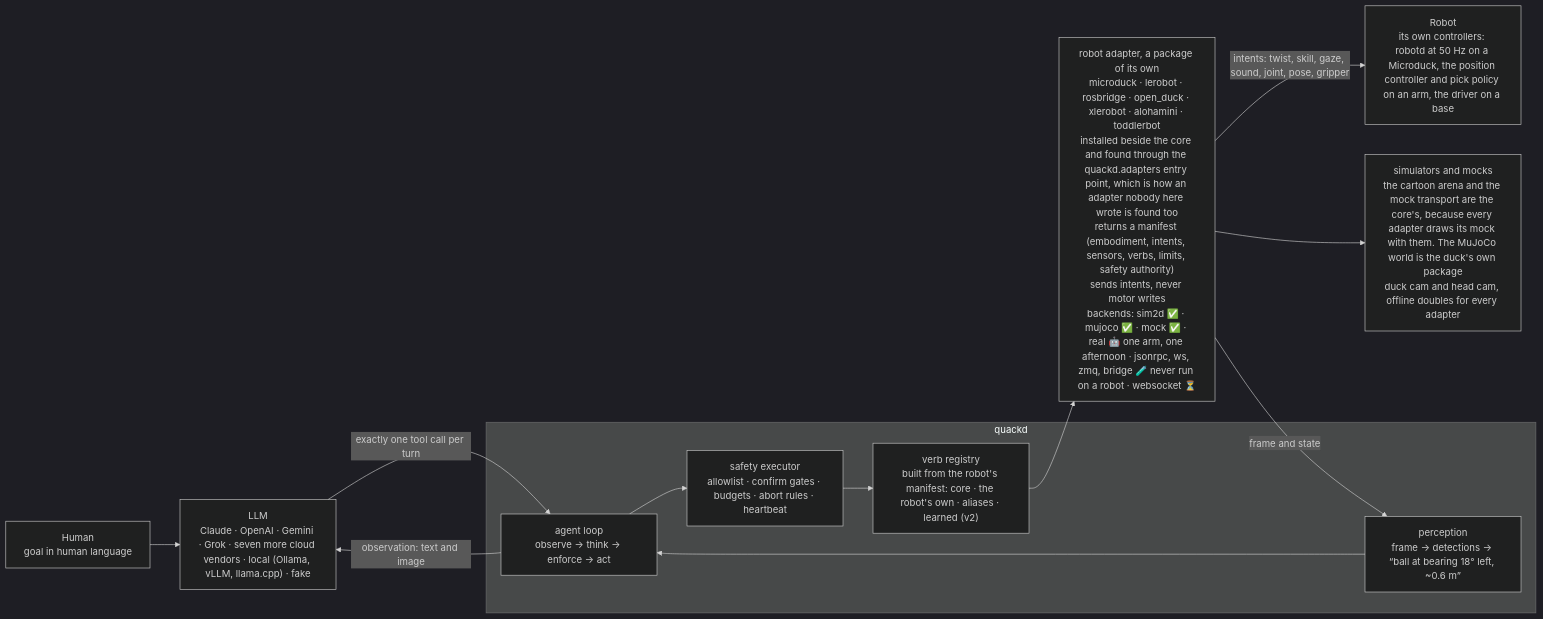
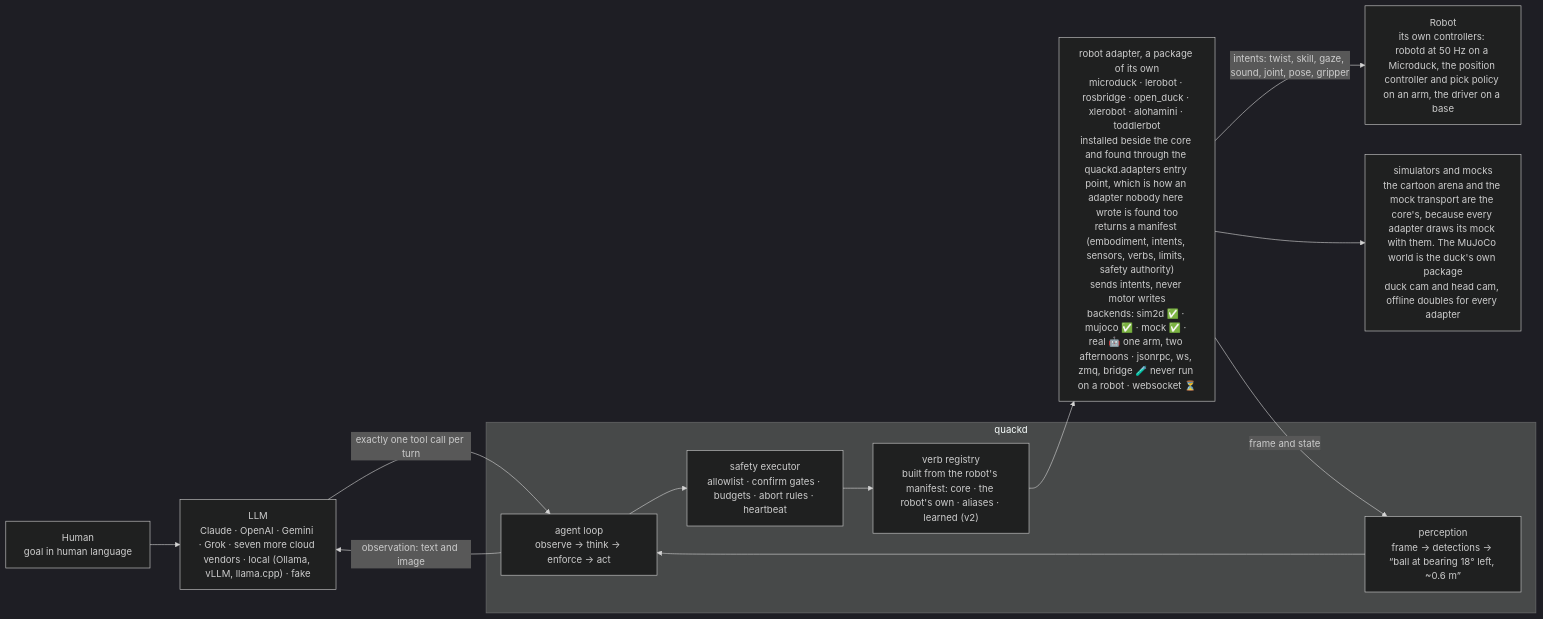
One commit to mantoumaster/quackd changed the second of 2 diagrams in README.md. Above: the diagram before and after it, drawn with Mermaid (dark theme). The commit also changed other lines of this file and 38 other files, not shown here.

````diff
--- a/README.md
+++ b/README.md
@@ -512,21 +512,21 @@
 ```mermaid
 flowchart LR
     HUMAN["Human<br/>goal in human language"]
     LLM["LLM<br/>Claude · OpenAI · Gemini · Grok · seven more cloud vendors · local (Ollama, vLLM, llama.cpp) · fake"]
     subgraph quackd
         LOOP["agent loop<br/>observe → think → enforce → act"]
         EXEC["safety executor<br/>allowlist · confirm gates · budgets · abort rules · heartbeat"]
         VERBS["verb registry<br/>built from the robot's manifest: core · the robot's own · aliases · learned (v2)"]
         PERC["perception<br/>frame → detections → “ball at bearing 18° left, ~0.6 m”"]
     end
-    ADAPTER["robot adapter, a package of its own<br/>microduck · lerobot · rosbridge · open_duck · xlerobot · alohamini · toddlerbot<br/>installed beside the core and found through the quackd.adapters entry point, which is how an adapter nobody here wrote is found too<br/>returns a manifest (embodiment, intents, sensors, verbs, limits, safety authority)<br/>sends intents, never motor writes<br/>backends: sim2d ✅ · mujoco ✅ · mock ✅ · real 🤖 one arm, one afternoon · jsonrpc, ws, zmq, bridge 🧪 never run on a robot · websocket ⏳"]
+    ADAPTER["robot adapter, a package of its own<br/>microduck · lerobot · rosbridge · open_duck · xlerobot · alohamini · toddlerbot<br/>installed beside the core and found through the quackd.adapters entry point, which is how an adapter nobody here wrote is found too<br/>returns a manifest (embodiment, intents, sensors, verbs, limits, safety authority)<br/>sends intents, never motor writes<br/>backends: sim2d ✅ · mujoco ✅ · mock ✅ · real 🤖 one arm, two afternoons · jsonrpc, ws, zmq, bridge 🧪 never run on a robot · websocket ⏳"]
     ROBOT["Robot<br/>its own controllers: robotd at 50 Hz on a Microduck, the position controller and pick policy on an arm, the driver on a base"]
     SIM["simulators and mocks<br/>the cartoon arena and the mock transport are the core's, because every adapter draws its mock with them. The MuJoCo world is the duck's own package<br/>duck cam and head cam, offline doubles for every adapter"]
     HUMAN --> LLM
     LLM -- "exactly one tool call per turn" --> LOOP
     LOOP --> EXEC --> VERBS --> ADAPTER
     ADAPTER -- "intents: twist, skill, gaze, sound, joint, pose, gripper" --> ROBOT
     ADAPTER --> SIM
     ADAPTER -- "frame and state" --> PERC --> LOOP
     LOOP -- "observation: text and image" --> LLM
 ```
````
